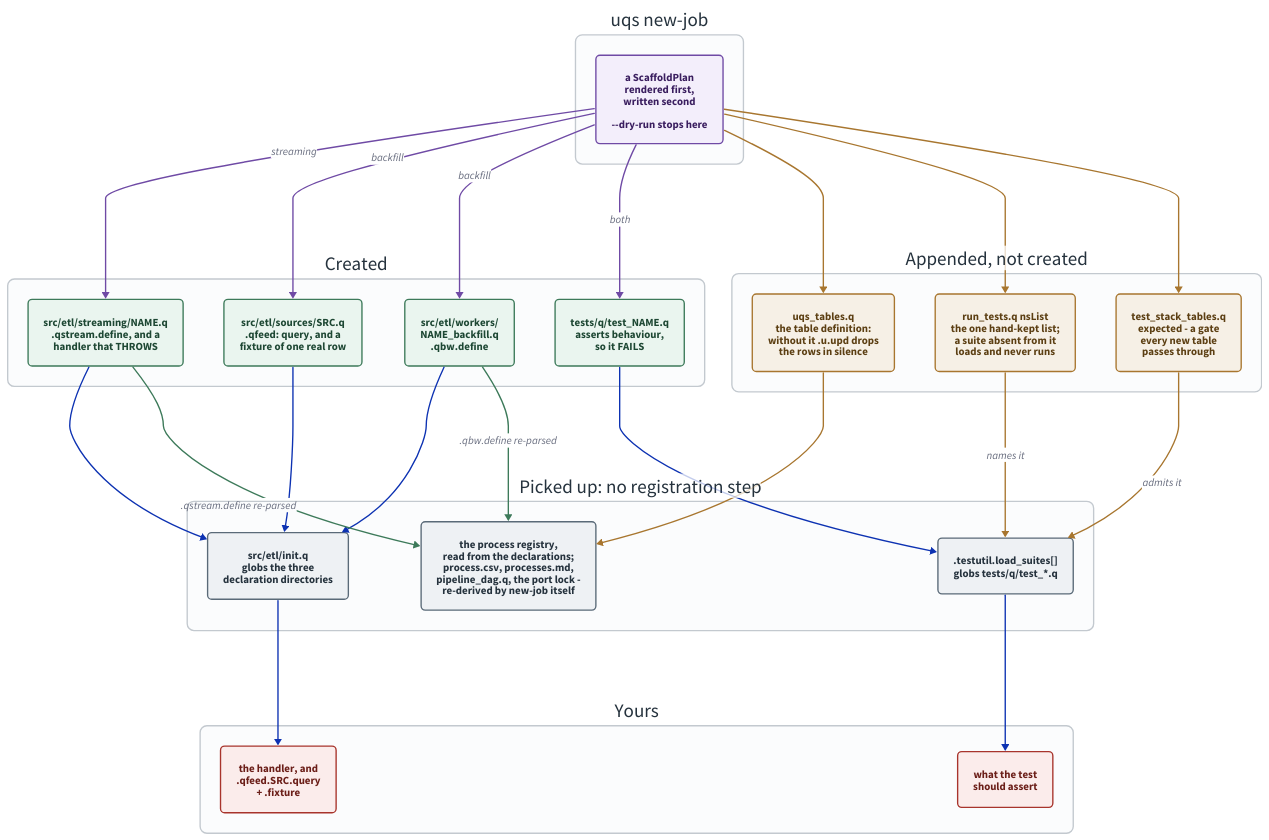
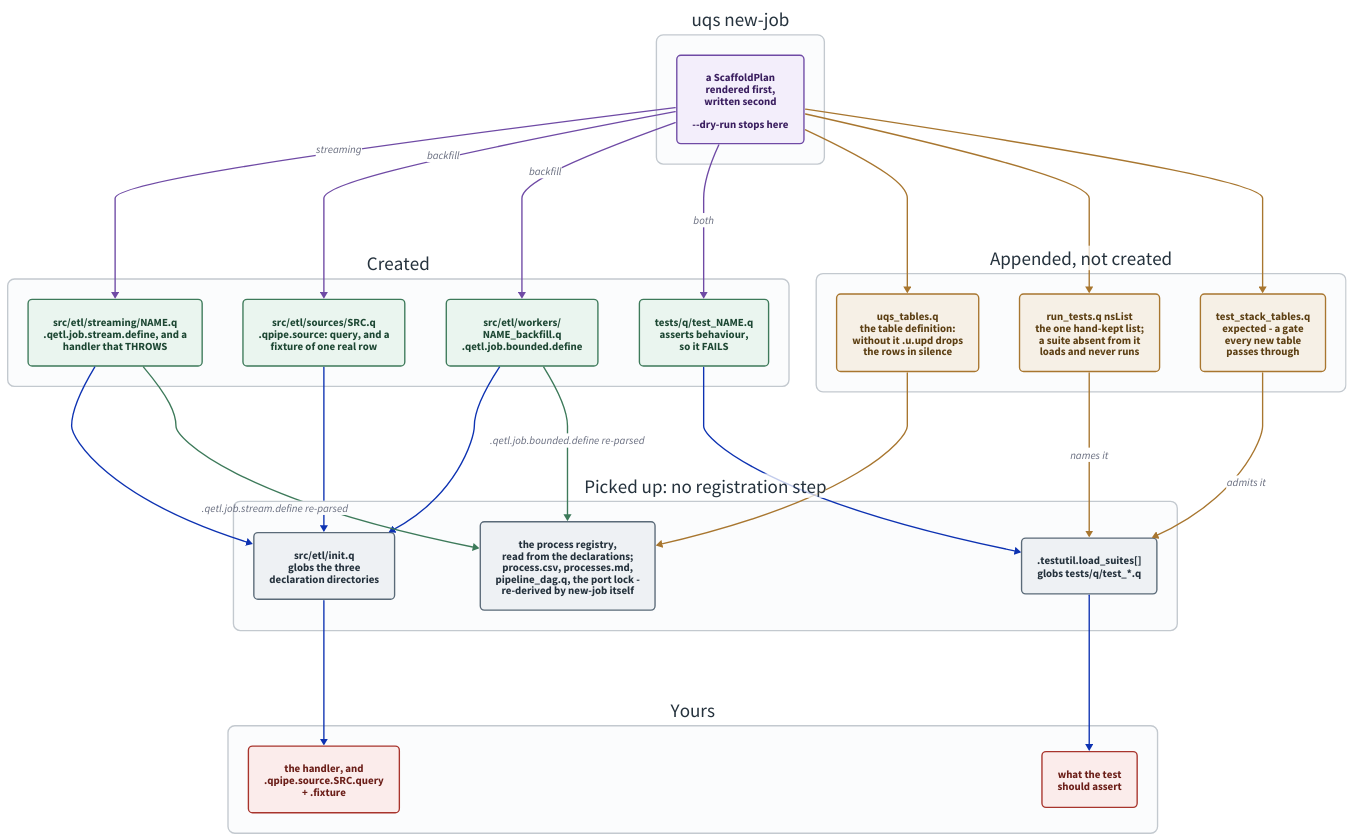
Before and after one commit to kwojdalski/uqf: the diagram in docs/diagrams/scaffolding.d2, drawn with D2. The commit also changed 234 other files, not shown here.

```diff
--- a/docs/diagrams/scaffolding.d2
+++ b/docs/diagrams/scaffolding.d2
@@ -1,150 +1,150 @@
 # scaffolding.d2 - what `uqs new-job` writes, and what picks each file
 # up afterwards.
 #
 # Rendered by scripts/generate/render_diagrams.py, which CI runs with
 # --check. Embedded from docs/guides/new-pipeline.md.
 #
 # THE THING THIS DRAWS is that there is no registration step. Three
 # directories are globbed by src/etl/init.q and one by .testutil.load_suites,
 # so a new file is loaded because it exists - and the process registry is
 # READ from the job files' own declarations, so a job needs no entry
 # anywhere else. The APPENDS are the facts that are NOT derivable from the
 # tree - the table definition, nsList, the one hand-kept list of test
 # namespaces, and the q suite's list of tables, a deliberate gate - which is
 # why they are the only places the scaffold has to edit rather than create.
 # Everything derived, new-job regenerates itself before it returns, the port
 # lock included.
 #
 # The other thing worth seeing is the red column. The scaffold writes the
 # SHAPE and never the logic: the generated handler throws and the generated
 # test fails, deliberately, because a scaffold that left something green
 # behind would make "generated" and "implemented" look the same from outside.
 # That is the state stack_smoke.py exists to catch - a process that is `up`,
 # heartbeating, and publishing nothing.
 #
 # ON DIRECTION. Down, not right, for the reason
 # pipeline-architecture-example.d2's own header gives: right rendered this
 # 2489x1370, and a page that shows a wide strip at its column width shrinks
 # every label past reading. Down is taller than wide, and a reader scrolls.
 # The bands still read in order - plan, created, appended, picked up, yours -
 # it is the axis that changed, so new-pipeline.md says "top to bottom".
 
 
 direction: down
 
 vars: {
   d2-config: {
     pad: 40
   }
 }
 
 classes: {
   command: {
     style: {
       fill: "#f3eefb"
       stroke: "#6f4aa5"
       font-color: "#3a1e5f"
       border-radius: 6
     }
   }
   created: {
     style: {
       fill: "#eaf5ef"
       stroke: "#3d7a5a"
       font-color: "#1d4733"
       border-radius: 6
     }
   }
   appended: {
     style: {
       fill: "#f6f0e6"
       stroke: "#a8762f"
       font-color: "#5c3f13"
       border-radius: 6
     }
   }
   derived: {
     style: {
       fill: "#eef1f4"
       stroke: "#5a6a78"
       font-color: "#25323d"
       border-radius: 6
     }
   }
   todo: {
     style: {
       fill: "#fbeceb"
       stroke: "#a8342c"
       font-color: "#6b1e18"
       border-radius: 6
     }
   }
   band: {
     style: {
       fill: "#fbfcfd"
       stroke: "#c3c9cf"
       stroke-width: 2
       border-radius: 10
       font-color: "#25323d"
     }
   }
 }
 
 cmd: "uqs new-job" {
   class: band
 
   plan: "a ScaffoldPlan\nrendered first,\nwritten second\n\n--dry-run stops here" { class: command }
 }
 
 written: "Created" {
   class: band
 
-  job: "src/etl/streaming/NAME.q\n.qstream.define, and a\nhandler that THROWS" { class: created }
-  source: "src/etl/sources/SRC.q\n.qfeed: query, and a\nfixture of one real row" { class: created }
-  worker: "src/etl/workers/\nNAME_backfill.q\n.qbw.define" { class: created }
+  job: "src/etl/streaming/NAME.q\n.qetl.job.stream.define, and a\nhandler that THROWS" { class: created }
+  source: "src/etl/sources/SRC.q\n.qpipe.source: query, and a\nfixture of one real row" { class: created }
+  worker: "src/etl/workers/\nNAME_backfill.q\n.qetl.job.bounded.define" { class: created }
   test: "tests/q/test_NAME.q\nasserts behaviour,\nso it FAILS" { class: created }
 }
 
 appended: "Appended, not created" {
   class: band
 
   tables: "uqs_tables.q\nthe table definition:\nwithout it .u.upd drops\nthe rows in silence" { class: appended }
   nslist: "run_tests.q nsList\nthe one hand-kept list;\na suite absent from it\nloads and never runs" { class: appended }
   tablelist: "test_stack_tables.q\nexpected - a gate\nevery new table\npasses through" { class: appended }
 }
 
 picked_up: "Picked up: no registration step" {
   class: band
 
   init: "src/etl/init.q\nglobs the three\ndeclaration directories" { class: derived }
   suites: ".testutil.load_suites[]\nglobs tests/q/test_*.q" { class: derived }
   consumers: "the process registry,\nread from the declarations;\nprocess.csv, processes.md,\npipeline_dag.q, the port lock -\nre-derived by new-job itself" { class: derived }
 }
 
 todo: "Yours" {
   class: band
 
-  logic: "the handler, and\n.qfeed.SRC.query\n+ .fixture" { class: todo }
+  logic: "the handler, and\n.qpipe.source.SRC.query\n+ .fixture" { class: todo }
   assertion: "what the test\nshould assert" { class: todo }
 }
 
 cmd.plan -> written.job: "streaming" { style.stroke: "#6f4aa5" }
 cmd.plan -> written.source: "backfill" { style.stroke: "#6f4aa5" }
 cmd.plan -> written.worker: "backfill" { style.stroke: "#6f4aa5" }
 cmd.plan -> written.test: "both" { style.stroke: "#6f4aa5" }
 cmd.plan -> appended.tables { style.stroke: "#a8762f" }
 cmd.plan -> appended.nslist { style.stroke: "#a8762f" }
 cmd.plan -> appended.tablelist { style.stroke: "#a8762f" }
 
 written.job -> picked_up.init
 written.source -> picked_up.init
 written.worker -> picked_up.init
 written.test -> picked_up.suites
 appended.nslist -> picked_up.suites: "names it" { style.stroke: "#a8762f" }
 appended.tablelist -> picked_up.suites: "admits it" { style.stroke: "#a8762f" }
 appended.tables -> picked_up.consumers { style.stroke: "#a8762f" }
-written.job -> picked_up.consumers: ".qstream.define re-parsed" { style.stroke: "#3d7a5a" }
-written.worker -> picked_up.consumers: ".qbw.define re-parsed" { style.stroke: "#3d7a5a" }
+written.job -> picked_up.consumers: ".qetl.job.stream.define re-parsed" { style.stroke: "#3d7a5a" }
+written.worker -> picked_up.consumers: ".qetl.job.bounded.define re-parsed" { style.stroke: "#3d7a5a" }
 
 picked_up.init -> todo.logic
 picked_up.suites -> todo.assertion
```
